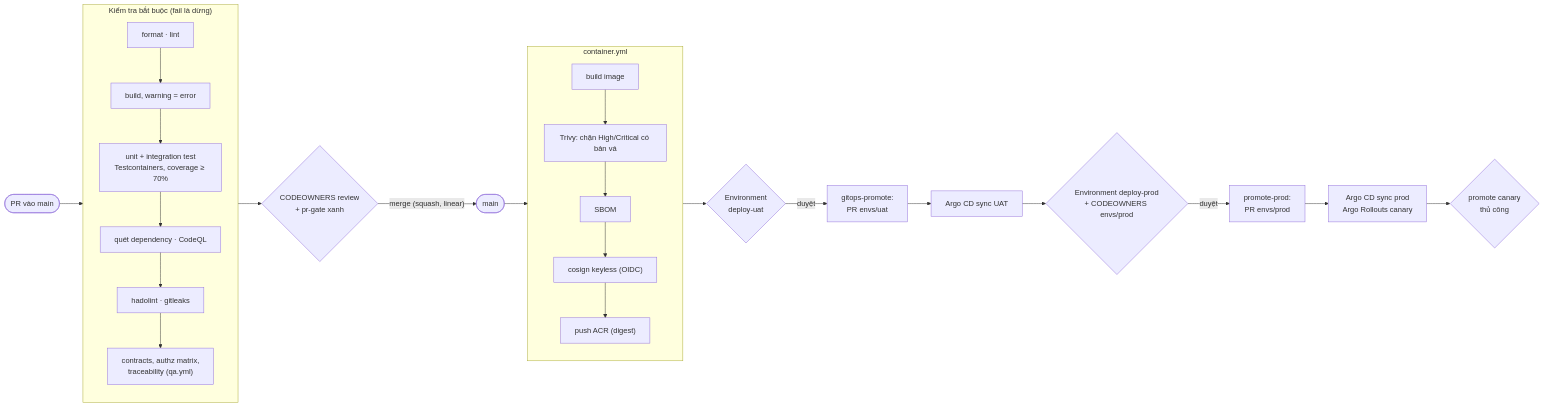
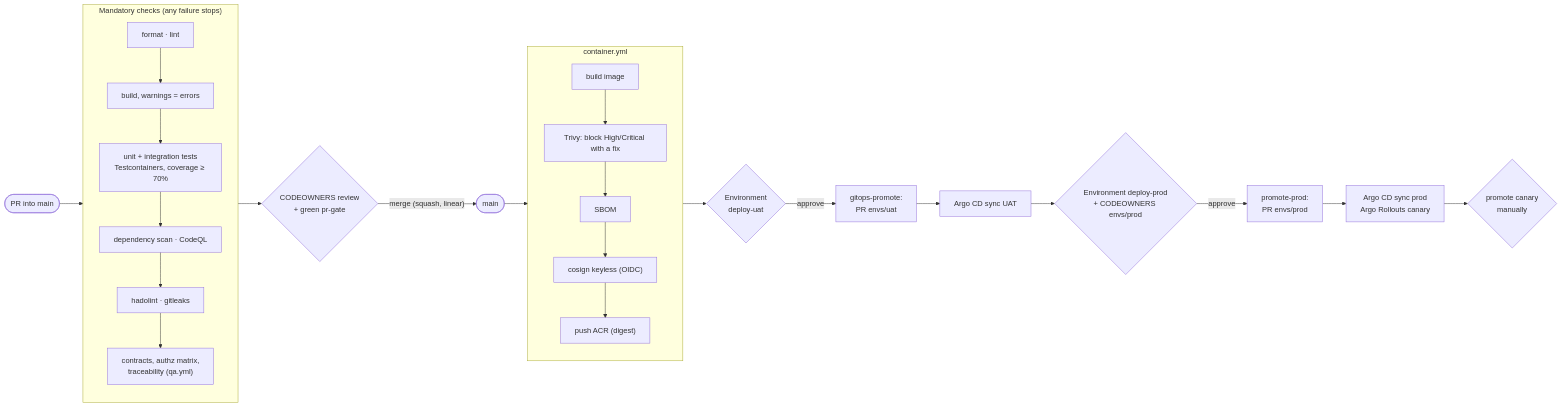
Before and after one commit to viethung12062005/smart-hospital-platform: diagram 13 of 18 in docs/03-architecture/architecture-diagrams.md, drawn with Mermaid. The commit also changed other lines of this file and 346 other files, not shown here.

````diff
--- a/docs/03-architecture/architecture-diagrams.md
+++ b/docs/03-architecture/architecture-diagrams.md
@@ -488,27 +488,27 @@
 ```mermaid
 flowchart LR
-  PR(["PR vào main"]) --> CHK
-  subgraph CHK["Kiểm tra bắt buộc (fail là dừng)"]
+  PR(["PR into main"]) --> CHK
+  subgraph CHK["Mandatory checks (any failure stops)"]
     direction TB
-    C1["format · lint"] --> C2["build, warning = error"]
-    C2 --> C3["unit + integration test<br/>Testcontainers, coverage ≥ 70%"]
-    C3 --> C4["quét dependency · CodeQL"]
+    C1["format · lint"] --> C2["build, warnings = errors"]
+    C2 --> C3["unit + integration tests<br/>Testcontainers, coverage ≥ 70%"]
+    C3 --> C4["dependency scan · CodeQL"]
     C4 --> C5["hadolint · gitleaks"]
     C5 --> C6["contracts, authz matrix,<br/>traceability (qa.yml)"]
   end
-  CHK --> REV{"CODEOWNERS review<br/>+ pr-gate xanh"}
+  CHK --> REV{"CODEOWNERS review<br/>+ green pr-gate"}
   REV -- "merge (squash, linear)" --> MAIN(["main"])
   MAIN --> IMG
   subgraph IMG["container.yml"]
     direction TB
-    I1["build image"] --> I2["Trivy: chặn High/Critical có bản vá"]
+    I1["build image"] --> I2["Trivy: block High/Critical with a fix"]
     I2 --> I3["SBOM"] --> I4["cosign keyless (OIDC)"] --> I5["push ACR (digest)"]
   end
   IMG --> G1{"Environment<br/>deploy-uat"}
-  G1 -- "duyệt" --> P1["gitops-promote:<br/>PR envs/uat"]
+  G1 -- "approve" --> P1["gitops-promote:<br/>PR envs/uat"]
   P1 --> A1["Argo CD sync UAT"]
   A1 --> G2{"Environment deploy-prod<br/>+ CODEOWNERS envs/prod"}
-  G2 -- "duyệt" --> P2["promote-prod:<br/>PR envs/prod"]
+  G2 -- "approve" --> P2["promote-prod:<br/>PR envs/prod"]
   P2 --> A2["Argo CD sync prod<br/>Argo Rollouts canary"]
-  A2 --> G3{"promote canary<br/>thủ công"}
+  A2 --> G3{"promote canary<br/>manually"}
 ```
````
